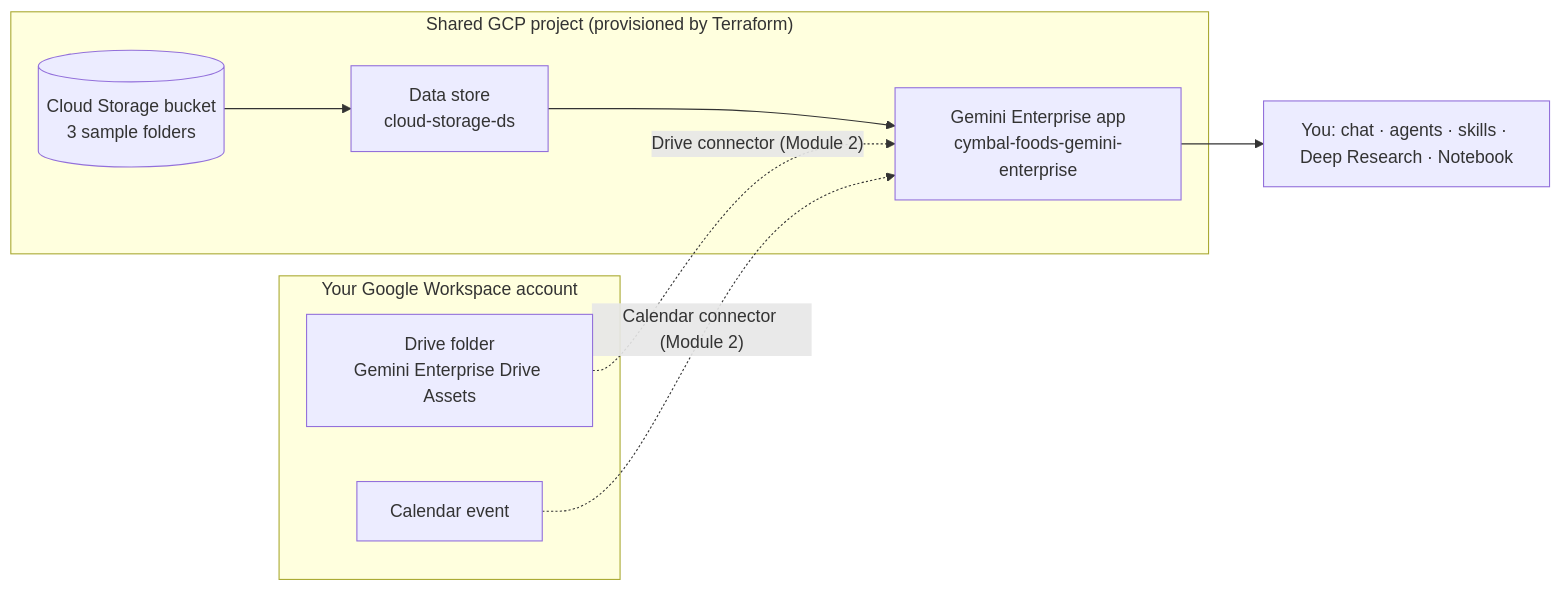
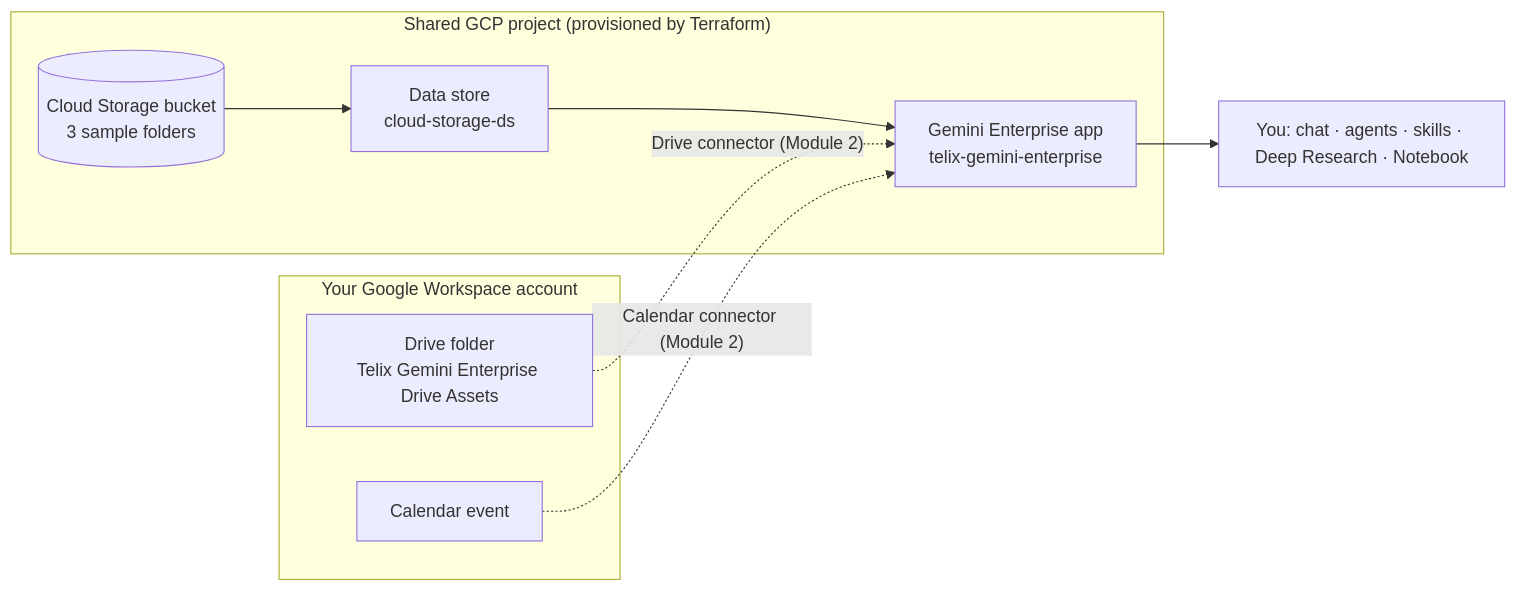
The diagram in README.md (soheilage/Telix), drawn with Mermaid before and after one commit. The commit also changed other lines of this file and 29 other files, not shown here.

````diff
--- a/README.md
+++ b/README.md
@@ -31,16 +53,16 @@
 ```mermaid
 flowchart LR
   subgraph GCP["Shared GCP project (provisioned by Terraform)"]
     B[("Cloud Storage bucket<br/>3 sample folders")]
     DS["Data store<br/>cloud-storage-ds"]
-    APP["Gemini Enterprise app<br/>cymbal-foods-gemini-enterprise"]
+    APP["Gemini Enterprise app<br/>telix-gemini-enterprise"]
     B --> DS --> APP
   end
   subgraph WS["Your Google Workspace account"]
-    DRV["Drive folder<br/>Gemini Enterprise Drive Assets"]
+    DRV["Drive folder<br/>Telix Gemini Enterprise Drive Assets"]
     CAL["Calendar event"]
   end
   DRV -. "Drive connector (Module 2)" .-> APP
   CAL -. "Calendar connector (Module 2)" .-> APP
   APP --> U["You: chat · agents · skills · Deep Research · Notebook"]
 ```
````
